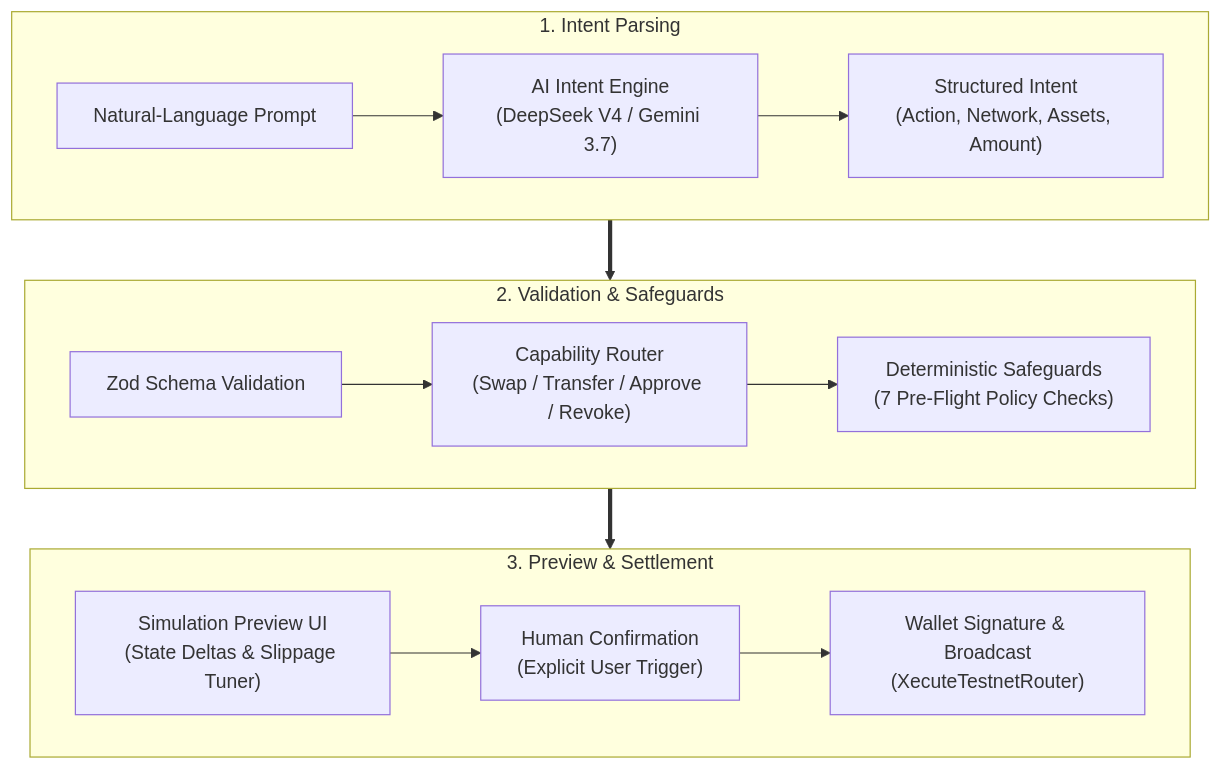
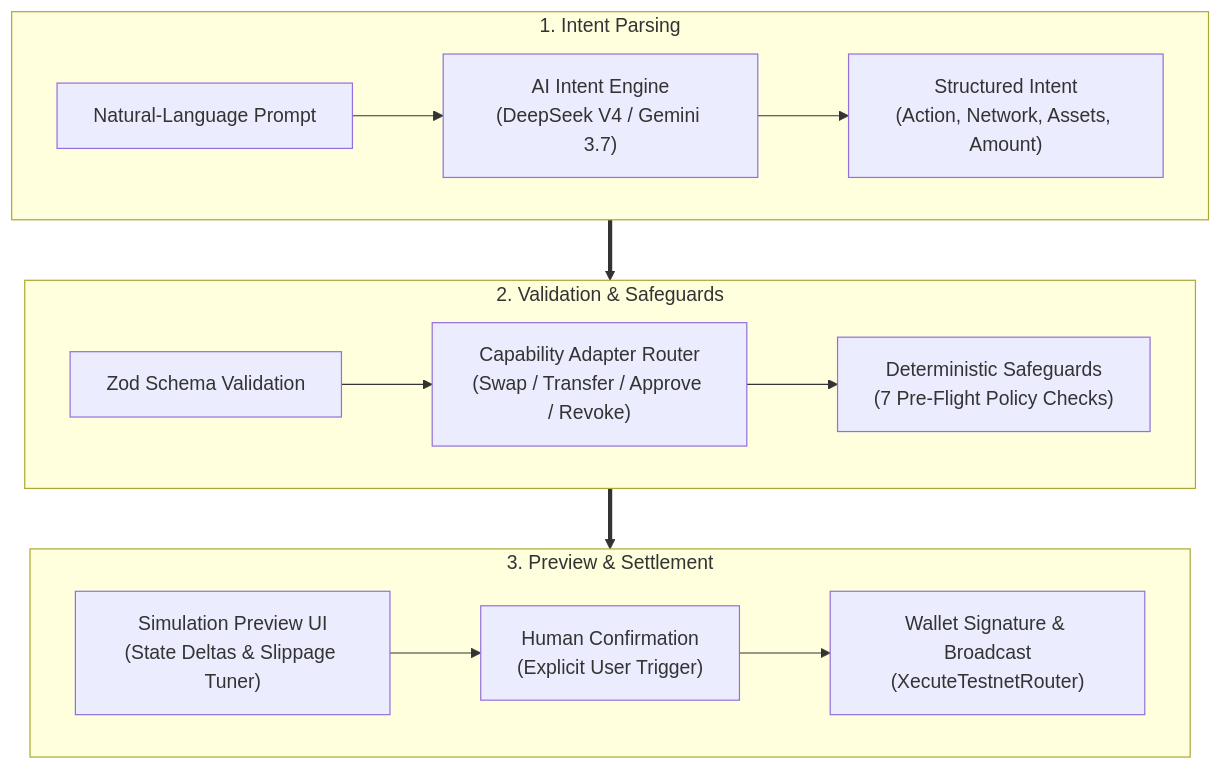
Before and after one commit to eugenennamdi/xecute: the diagram in README.md, drawn with Mermaid. The commit also changed other lines of this file, not shown here.

Commit message:
docs: update README with release matrix, vision, and pipeline roadmap

````diff
--- a/README.md
+++ b/README.md
@@ -52,16 +79,16 @@
 ```mermaid
 flowchart TB
     subgraph P1["1. Intent Parsing"]
         direction LR
         A["Natural-Language Prompt"] --> B["AI Intent Engine<br/>(DeepSeek V4 / Gemini 3.7)"] --> C["Structured Intent<br/>(Action, Network, Assets, Amount)"]
     end
     subgraph P2["2. Validation & Safeguards"]
         direction LR
-        D["Zod Schema Validation"] --> E["Capability Router<br/>(Swap / Transfer / Approve / Revoke)"] --> F["Deterministic Safeguards<br/>(7 Pre-Flight Policy Checks)"]
+        D["Zod Schema Validation"] --> E["Capability Adapter Router<br/>(Swap / Transfer / Approve / Revoke)"] --> F["Deterministic Safeguards<br/>(7 Pre-Flight Policy Checks)"]
     end
     subgraph P3["3. Preview & Settlement"]
         direction LR
         G["Simulation Preview UI<br/>(State Deltas & Slippage Tuner)"] --> H["Human Confirmation<br/>(Explicit User Trigger)"] --> I["Wallet Signature & Broadcast<br/>(XecuteTestnetRouter)"]
     end
     P1 ==> P2 ==> P3
 ```
````
